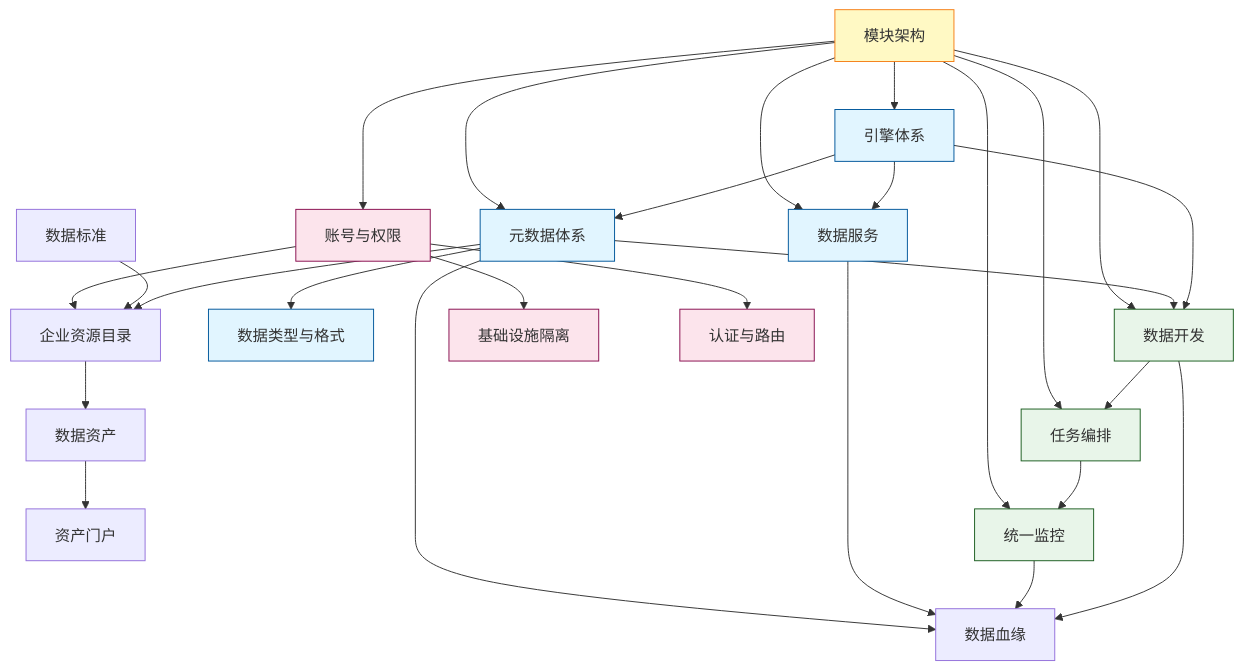
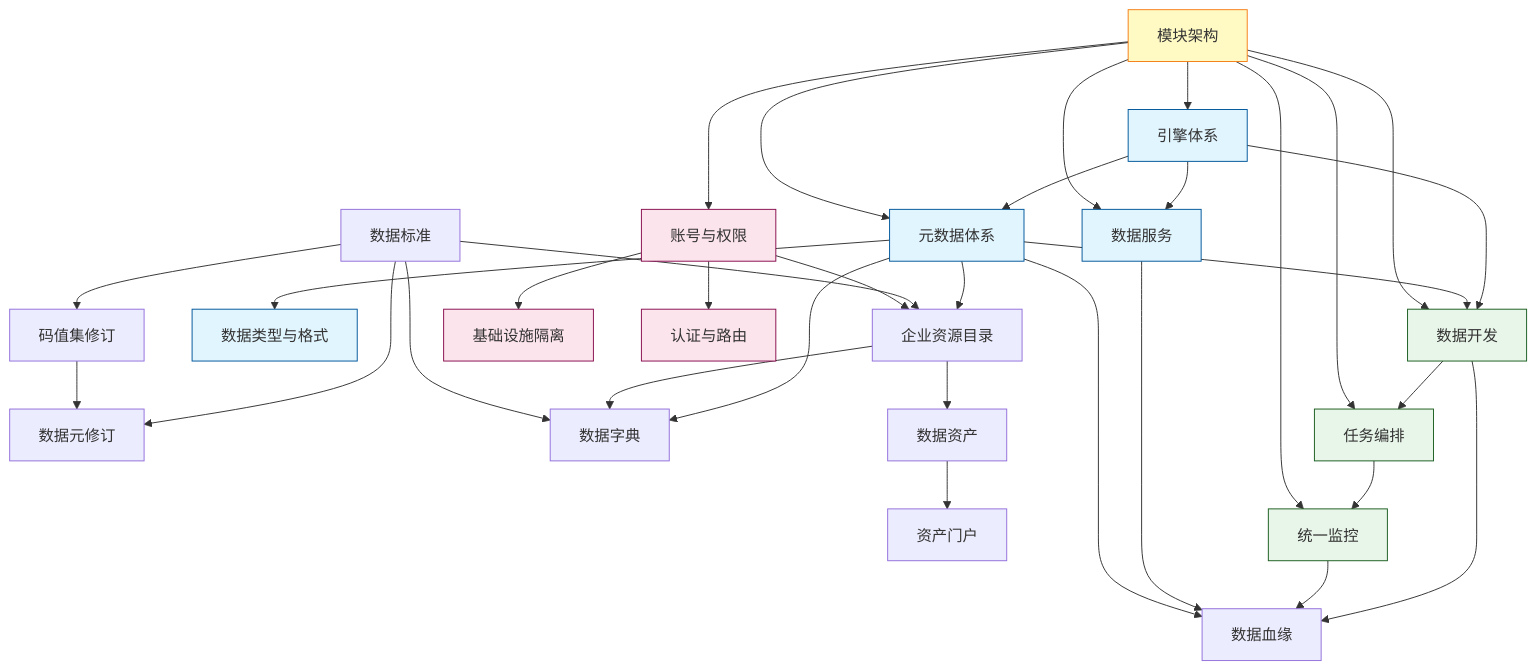
The second of 2 diagrams in docs/concepts/addp核心概念关系图.md (pampa0629/addp), drawn with Mermaid before and after one commit. The commit also changed other lines of this file and 110 other files, not shown here.

````diff
--- a/docs/concepts/addp核心概念关系图.md
+++ b/docs/concepts/addp核心概念关系图.md
@@ -394,43 +402,49 @@
 ```mermaid
 graph TB
     引擎[引擎体系] --> 元数据[元数据体系]
     引擎 --> 开发[数据开发]
     引擎 --> 服务[数据服务]
 
     元数据 --> 类型[数据类型与格式]
     元数据 --> 开发
     元数据 --> 目录[企业资源目录]
     标准[数据标准] --> 目录
+    标准 --> 元素修订[数据元修订]
+    标准 --> 码集修订[码值集修订]
+    码集修订 --> 元素修订
+    元数据 --> 字典[数据字典]
+    目录 --> 字典
+    标准 --> 字典
     账号[账号与权限] --> 目录
     目录 --> 资产[数据资产]
     资产 --> 门户[资产门户]
 
     开发 --> 编排[任务编排]
     编排 --> 监控[统一监控]
     开发 --> 血缘[数据血缘]
     监控 --> 血缘
     服务 --> 血缘
     元数据 --> 血缘
 
     账号 --> 隔离[基础设施隔离]
     账号 --> 认证[认证与路由]
 
     模块[模块架构] --> 引擎
     模块 --> 账号
     模块 --> 元数据
     模块 --> 开发
     模块 --> 编排
     模块 --> 监控
     模块 --> 服务
 
     classDef architecture fill:#fff9c4,stroke:#f57f17
     classDef engine fill:#e1f5ff,stroke:#01579b
     classDef data fill:#e8f5e9,stroke:#1b5e20
     classDef auth fill:#fce4ec,stroke:#880e4f
     classDef dev fill:#f3e5f5,stroke:#4a148c
 
     class 模块 architecture
     class 引擎,元数据,类型,服务 engine
     class 开发,编排,监控 data
     class 账号,隔离,认证 auth
 ```
````
